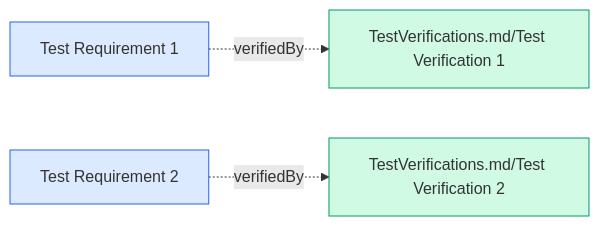
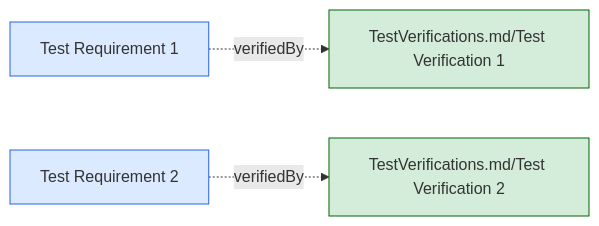
Before and after one commit to reqvire-org/reqvire: the diagram in tests/test-html-export/specifications/TestRequirements.md, drawn with Mermaid. The commit also changed 21 other files, not shown here.

First line of the commit message:
Update color scheme for web interface and diagrams

````diff
--- a/tests/test-html-export/specifications/TestRequirements.md
+++ b/tests/test-html-export/specifications/TestRequirements.md
@@ -15,27 +15,27 @@
 ```mermaid
 graph LR;
   %% Graph styling
   classDef requirement fill:#dbeafe,stroke:#2563EB,stroke-width:1px;
-  classDef verification fill:#d1fae5,stroke:#059669,stroke-width:1px;
+  classDef verification fill:#d4edda,stroke:#006400,stroke-width:1px;
   classDef externalLink fill:#d0e0ff,stroke:#3080ff,stroke-width:1px;
   classDef default fill:#f5f5f5,stroke:#333333,stroke-width:1px;
 
   req1["Test Requirement 1"];
   click req1 "TestRequirements.md#test-requirement-1";
   class req1 requirement;
   
   req2["Test Requirement 2"];
   click req2 "TestRequirements.md#test-requirement-2";
   class req2 requirement;
   
   ver1["TestVerifications.md/Test Verification 1"];
   click ver1 "TestVerifications.md#test-verification-1";
   class ver1 verification;
   
   ver2["TestVerifications.md/Test Verification 2"];
   click ver2 "TestVerifications.md#test-verification-2";
   class ver2 verification;
   
   req1 -.->|verifiedBy| ver1;
   req2 -.->|verifiedBy| ver2;
 ```
````
